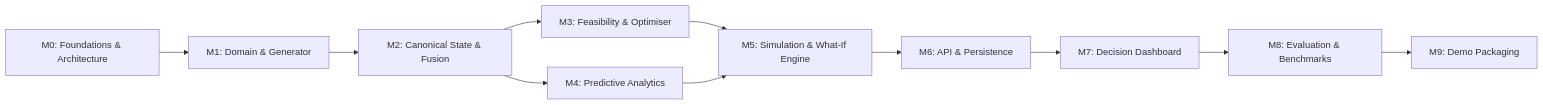
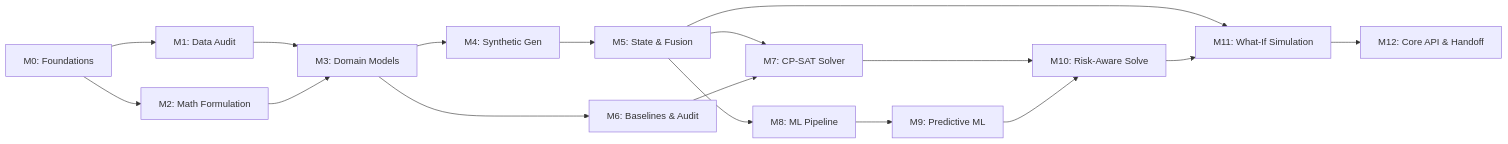
The diagram in ROADMAP.md (DAREDEVIL-OF-NEXUS/AirOps-Optimizer), drawn with Mermaid before and after one commit. The commit also changed other lines of this file and 16 other files, not shown here.

````diff
--- a/ROADMAP.md
+++ b/ROADMAP.md
@@ -7,13 +14,19 @@
 ```mermaid
 flowchart LR
-    M0["M0: Foundations & Architecture"] --> M1["M1: Domain & Generator"]
-    M1 --> M2["M2: Canonical State & Fusion"]
-    M2 --> M3["M3: Feasibility & Optimiser"]
-    M2 --> M4["M4: Predictive Analytics"]
-    M3 --> M5["M5: Simulation & What-If Engine"]
-    M4 --> M5
-    M5 --> M6["M6: API & Persistence"]
-    M6 --> M7["M7: Decision Dashboard"]
-    M7 --> M8["M8: Evaluation & Benchmarks"]
-    M8 --> M9["M9: Demo Packaging"]
+    M0["M0: Foundations"] --> M1["M1: Data Audit"]
+    M0 --> M2["M2: Math Formulation"]
+    M1 --> M3["M3: Domain Models"]
+    M2 --> M3
+    M3 --> M4["M4: Synthetic Gen"]
+    M3 --> M6["M6: Baselines & Audit"]
+    M4 --> M5["M5: State & Fusion"]
+    M5 --> M7["M7: CP-SAT Solver"]
+    M6 --> M7
+    M5 --> M8["M8: ML Pipeline"]
+    M8 --> M9["M9: Predictive ML"]
+    M7 --> M10["M10: Risk-Aware Solve"]
+    M9 --> M10
+    M5 --> M11["M11: What-If Simulation"]
+    M10 --> M11
+    M11 --> M12["M12: Core API & Handoff"]
 ```
````
